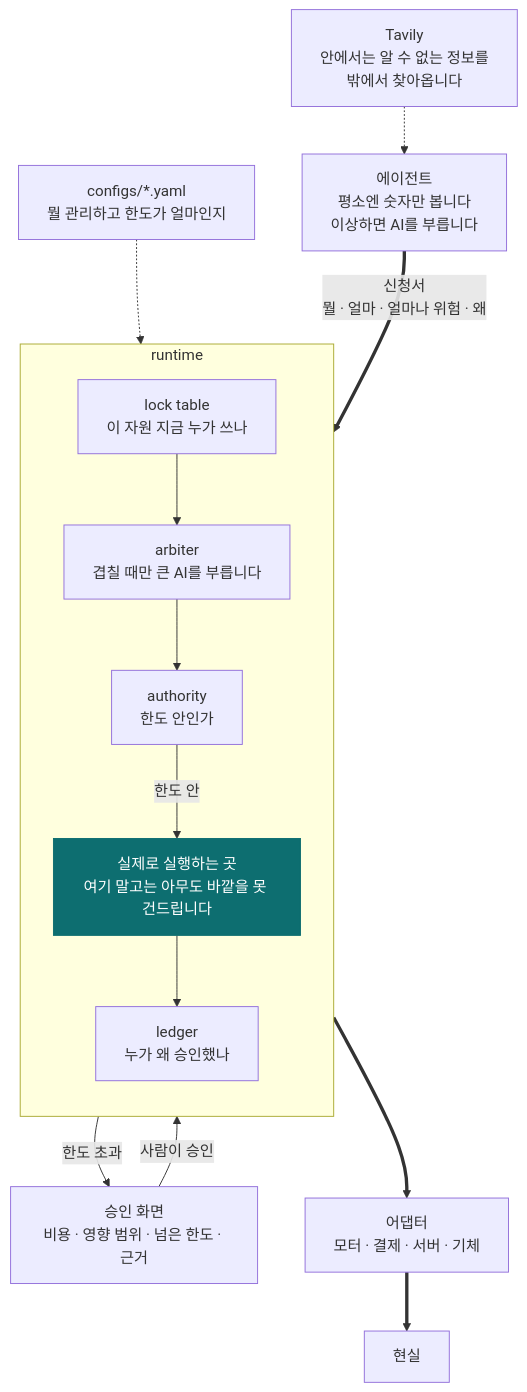
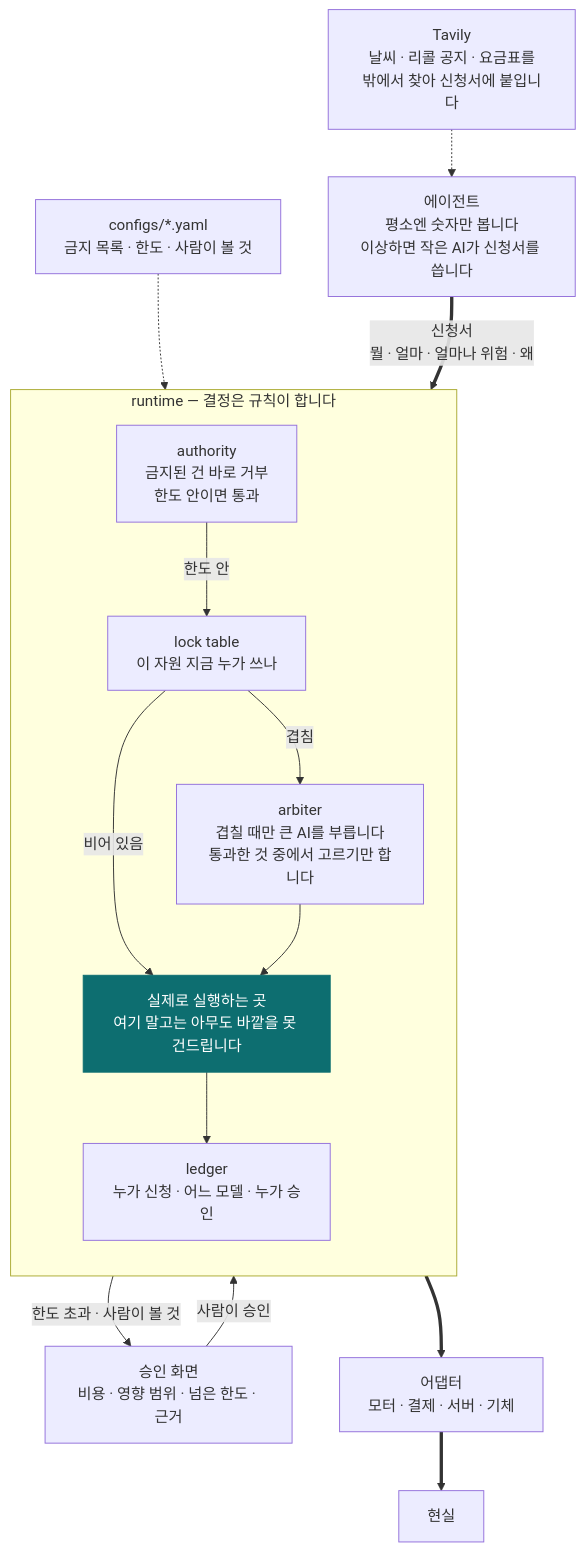
One commit to liebertar/attache changed the first of 2 diagrams in README.md. Above: the diagram before and after it, drawn with Mermaid. The commit also changed other lines of this file, not shown here.

````diff
--- a/README.md
+++ b/README.md
@@ -86,30 +95,31 @@
 ```mermaid
 flowchart TB
-    AG["에이전트<br/>평소엔 숫자만 봅니다<br/>이상하면 AI를 부릅니다"]
-    TAV["Tavily<br/>안에서는 알 수 없는 정보를<br/>밖에서 찾아옵니다"]
-    CFG["configs/*.yaml<br/>뭘 관리하고 한도가 얼마인지"]
+    AG["에이전트<br/>평소엔 숫자만 봅니다<br/>이상하면 작은 AI가 신청서를 씁니다"]
+    TAV["Tavily<br/>날씨 · 리콜 공지 · 요금표를<br/>밖에서 찾아 신청서에 붙입니다"]
+    CFG["configs/*.yaml<br/>금지 목록 · 한도 · 사람이 볼 것"]
 
     TAV -.-> AG
-    CFG -.-> LOCK
-    AG ==>|"신청서<br/>뭘 · 얼마 · 얼마나 위험 · 왜"| LOCK
+    CFG -.-> AUTH
+    AG ==>|"신청서<br/>뭘 · 얼마 · 얼마나 위험 · 왜"| AUTH
 
-    subgraph RT["runtime"]
+    subgraph RT["runtime — 결정은 규칙이 합니다"]
         direction TB
+        AUTH["authority<br/>금지된 건 바로 거부<br/>한도 안이면 통과"]
         LOCK["lock table<br/>이 자원 지금 누가 쓰나"]
-        ARB["arbiter<br/>겹칠 때만 큰 AI를 부릅니다"]
-        AUTH["authority<br/>한도 안인가"]
+        ARB["arbiter<br/>겹칠 때만 큰 AI를 부릅니다<br/>통과한 것 중에서 고르기만 합니다"]
         COMMIT["실제로 실행하는 곳<br/>여기 말고는 아무도 바깥을 못 건드립니다"]
-        LEDGER["ledger<br/>누가 왜 승인했나"]
-        LOCK --> ARB --> AUTH
-        AUTH -->|"한도 안"| COMMIT
+        LEDGER["ledger<br/>누가 신청 · 어느 모델 · 누가 승인"]
+        AUTH -->|"한도 안"| LOCK
+        LOCK -->|"비어 있음"| COMMIT
+        LOCK -->|"겹침"| ARB --> COMMIT
         COMMIT --> LEDGER
     end
 
-    AUTH -->|"한도 초과"| HUMAN["승인 화면<br/>비용 · 영향 범위 · 넘은 한도 · 근거"]
-    HUMAN -->|"사람이 승인"| COMMIT
+    AUTH -->|"한도 초과 · 사람이 볼 것"| HUMAN["승인 화면<br/>비용 · 영향 범위 · 넘은 한도 · 근거"]
+    HUMAN -->|"사람이 승인"| LOCK
     COMMIT ==> ADAPT["어댑터<br/>모터 · 결제 · 서버 · 기체"]
     ADAPT ==> WORLD["현실"]
 
     classDef gate fill:#0d6e70,stroke:#0d6e70,color:#fff
     class COMMIT gate
 ```
````
